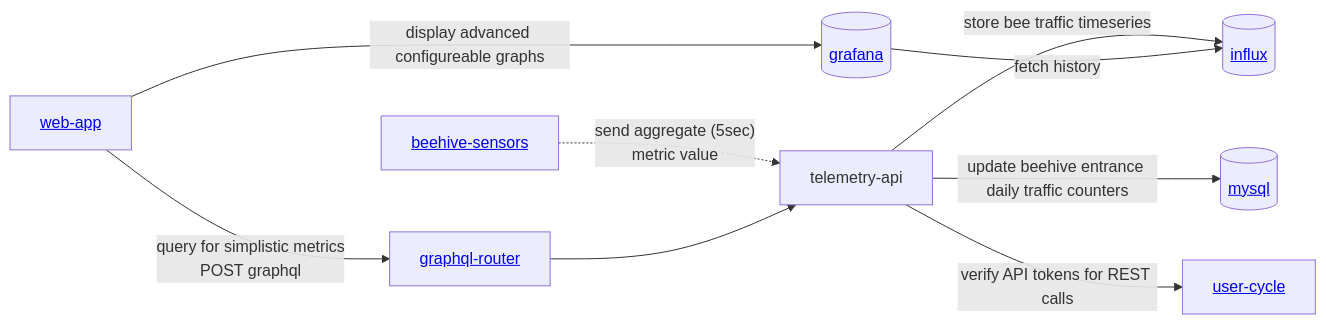
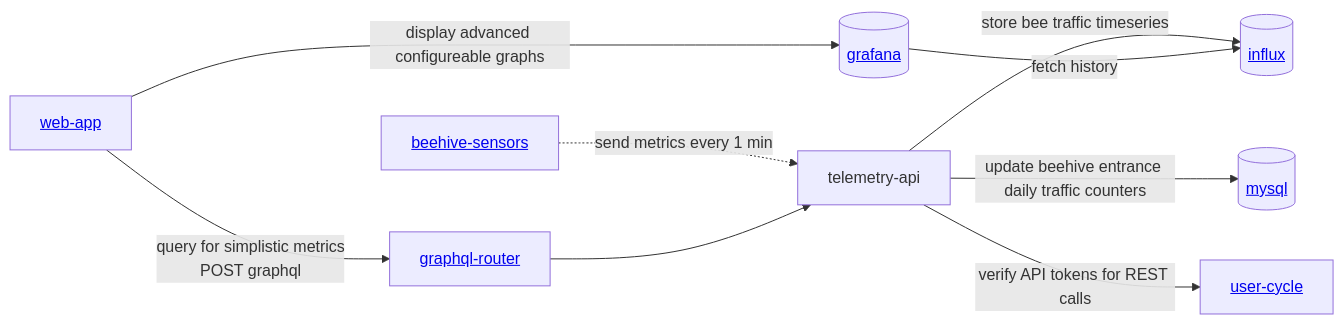
The diagram in docs/beehive-sensors/beehive-sensors.md (Gratheon/website), drawn with Mermaid before and after one commit. The commit also changed 1 other file, not shown here.

Commit message:
vault backup: 2024-12-15 07:52:49

````diff
--- a/docs/beehive-sensors/beehive-sensors.md
+++ b/docs/beehive-sensors/beehive-sensors.md
@@ -14,13 +14,13 @@
 ```mermaid
 flowchart LR
-	beehive-sensors[<a href="https://github.com/Gratheon/beehive-sensors">beehive-sensors</a>] -."send aggregate (5sec)\n metric value".-> telemetry-api
+	beehive-sensors[<a href="https://github.com/Gratheon/beehive-sensors">beehive-sensors</a>] -."send metrics every 1 min".-> telemetry-api
 
 	telemetry-api --"update beehive entrance daily traffic counters"--> mysql[(<a href="https://github.com/Gratheon/mysql">mysql</a>)]
 	telemetry-api --"store bee traffic timeseries" --> influx[(<a href="https://github.com/Gratheon/grafana">influx</a>)]
 	grafana[(<a href="https://github.com/Gratheon/grafana">grafana</a>)] --"fetch history"--> influx
 
 	telemetry-api --"verify API tokens for REST calls"--> user-cycle[<a href="https://github.com/Gratheon/user-cycle">user-cycle</a>]
 	web-app[<a href="https://github.com/Gratheon/web-app">web-app</a>] --"display advanced configureable graphs"--> grafana
 	web-app --"query for simplistic metrics\nPOST graphql"-->graphql-router[<a href="https://github.com/Gratheon/graphql-router">graphql-router</a>]--> telemetry-api
 
 ```
````
